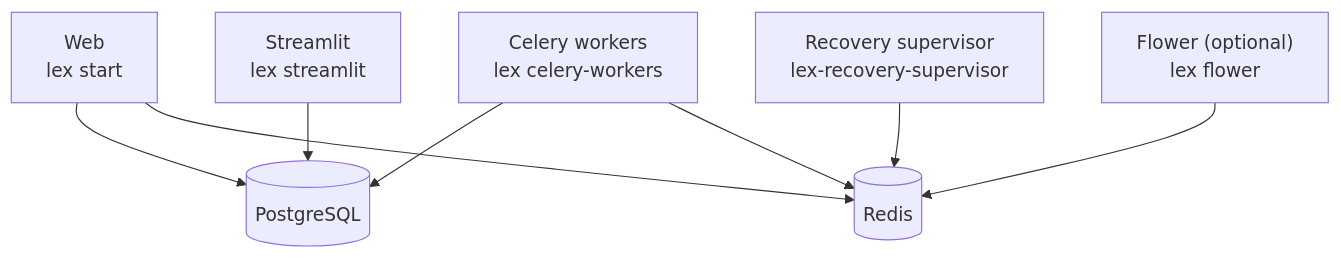
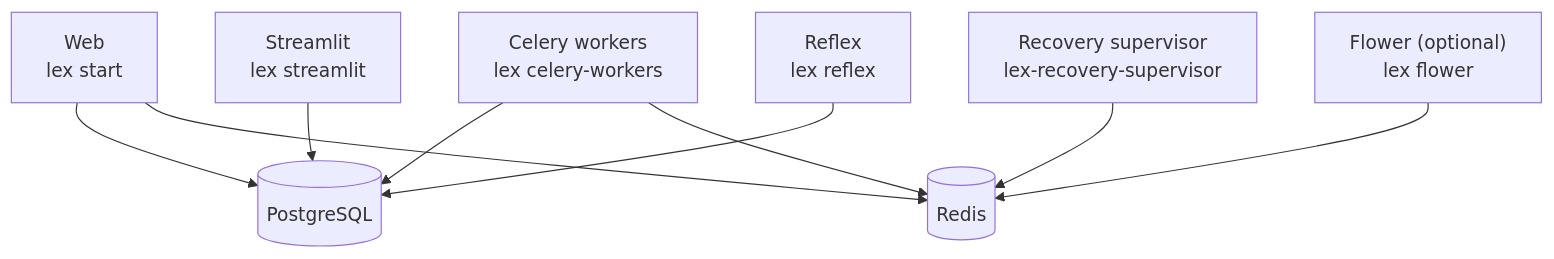
The diagram in content/ship-and-operate/index.md (ExcellenceCloudGmbH/lex-app-docs), drawn with Mermaid before and after one commit. The commit also changed other lines of this file and 17 other files, not shown here.

````diff
--- a/content/ship-and-operate/index.md
+++ b/content/ship-and-operate/index.md
@@ -22,15 +22,17 @@
 ```mermaid
 flowchart TD
     W["Web
     lex start"] --> DB[("PostgreSQL")]
     W --> R[("Redis")]
     C["Celery workers
     lex celery-workers"] --> DB
     C --> R
     S["Streamlit
     lex streamlit"] --> DB
+    X["Reflex
+    lex reflex"] --> DB
     RS["Recovery supervisor
     lex-recovery-supervisor"] --> R
     F["Flower (optional)
     lex flower"] --> R
 ```
````
